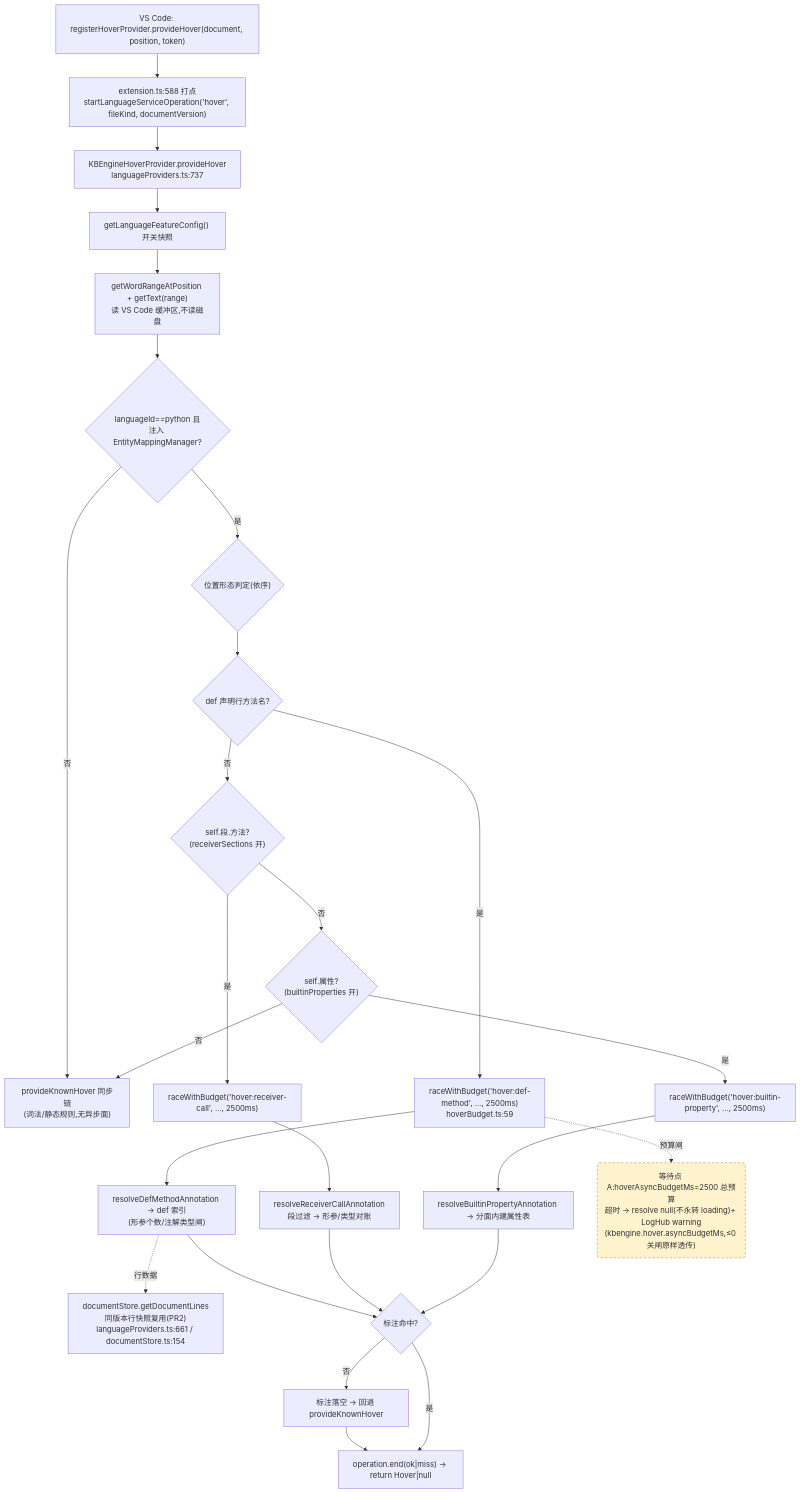
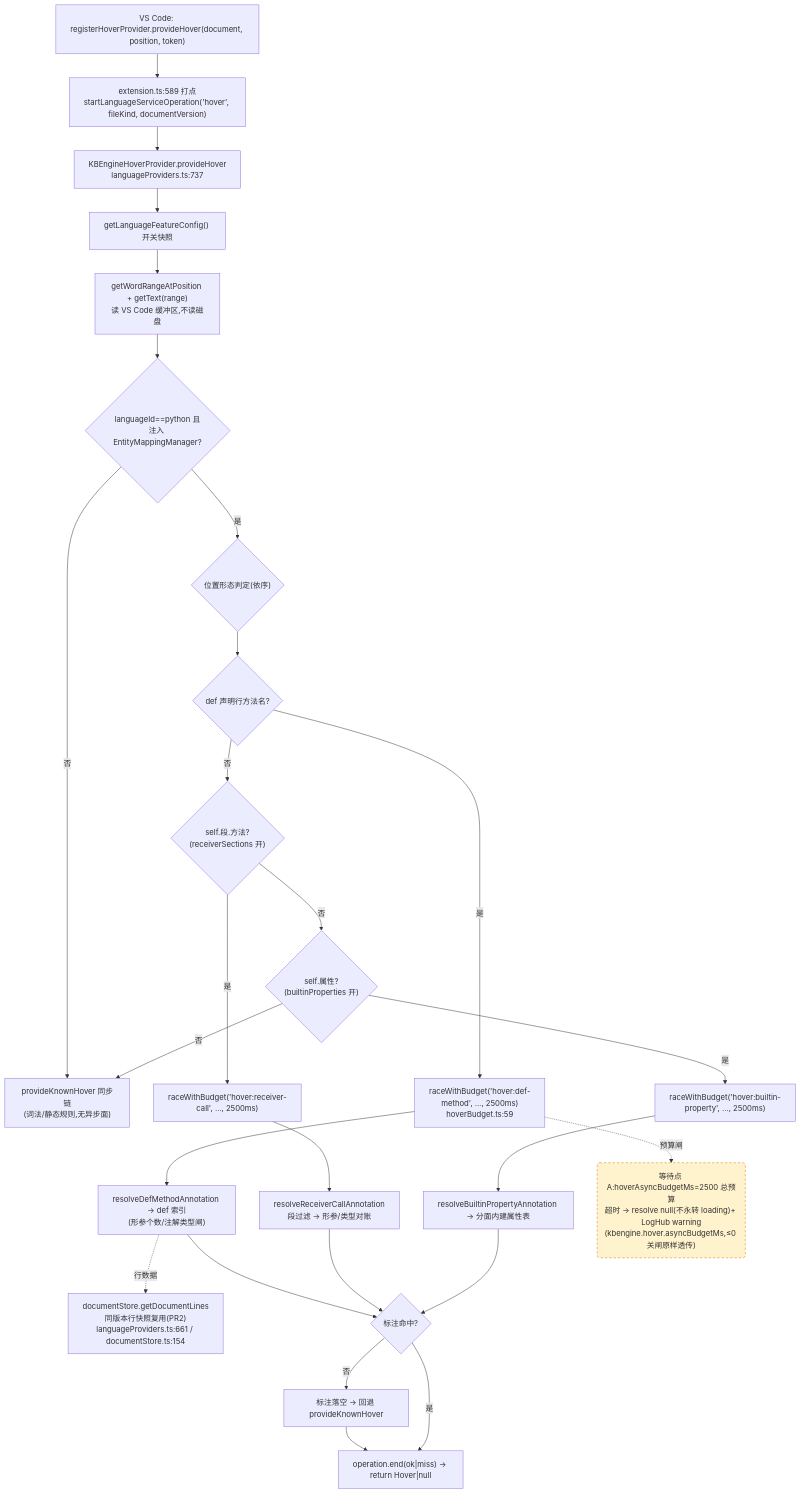
One commit to cuihairu/kode changed the first of 4 diagrams in docs/perf/2026-baseline.md. Above: the diagram before and after it, drawn with Mermaid. The commit also changed other lines of this file and 6 other files, not shown here.

````diff
--- a/docs/perf/2026-baseline.md
+++ b/docs/perf/2026-baseline.md
@@ -82,45 +82,45 @@
 ```mermaid
 flowchart TD
   VC1["VS Code: registerHoverProvider.provideHover(document, position, token)"]
-  M1["extension.ts:588 打点<br/>startLanguageServiceOperation('hover', fileKind, documentVersion)"]
+  M1["extension.ts:589 打点<br/>startLanguageServiceOperation('hover', fileKind, documentVersion)"]
   HP["KBEngineHoverProvider.provideHover<br/>languageProviders.ts:737"]
   CFG["getLanguageFeatureConfig() 开关快照"]
   WORD["getWordRangeAtPosition + getText(range)<br/>读 VS Code 缓冲区,不读磁盘"]
   BR{"languageId==python 且<br/>注入 EntityMappingManager?"}
   KN["provideKnownHover 同步链<br/>(词法/静态规则,无异步面)"]
   POS{"位置形态判定(依序)"}
   D1{"def 声明行方法名?"}
   D2{"self.段.方法?<br/>(receiverSections 开)"}
   D3{"self.属性?<br/>(builtinProperties 开)"}
   RA1["raceWithBudget('hover:def-method', …, 2500ms)<br/>hoverBudget.ts:59"]
   RA2["raceWithBudget('hover:receiver-call', …, 2500ms)"]
   RA3["raceWithBudget('hover:builtin-property', …, 2500ms)"]
   RS1["resolveDefMethodAnnotation → def 索引<br/>(形参个数/注解类型闸)"]
   RS2["resolveReceiverCallAnnotation<br/>段过滤 → 形参/类型对账"]
   RS3["resolveBuiltinPropertyAnnotation → 分面内建属性表"]
   LINES["documentStore.getDocumentLines<br/>同版本行快照复用(PR2)<br/>languageProviders.ts:661 / documentStore.ts:154"]
   MISS["标注落空 → 回退 provideKnownHover"]
   END1["operation.end(ok|miss) → return Hover|null"]
 
   VC1 --> M1 --> HP --> CFG --> WORD --> BR
   BR -- "否" --> KN
   BR -- "是" --> POS --> D1
   D1 -- "是" --> RA1 --> RS1
   D1 -- "否" --> D2
   D2 -- "是" --> RA2 --> RS2
   D2 -- "否" --> D3
   D3 -- "是" --> RA3 --> RS3
   D3 -- "否" --> KN
   RS1 --> HIT{"标注命中?"}
   RS2 --> HIT
   RS3 --> HIT
   RS1 -.->|行数据| LINES
   HIT -- "否" --> MISS --> END1
   HIT -- "是" --> END1
 
   WAITA("等待点 A:hoverAsyncBudgetMs=2500 总预算<br/>超时 → resolve null(不永转 loading)+ LogHub warning<br/>(kbengine.hover.asyncBudgetMs,≤0 关闸原样透传)")
   RA1 -.->|预算闸| WAITA
 
   classDef waitPoint fill:#fff3cd,stroke:#d97706,stroke-dasharray:5 4;
   class WAITA waitPoint;
 ```
````
